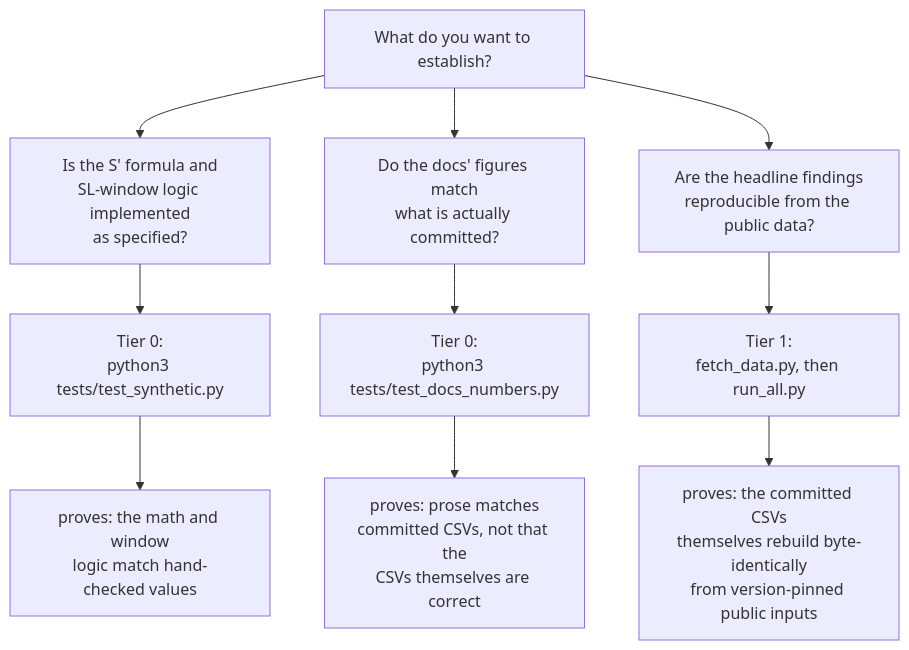
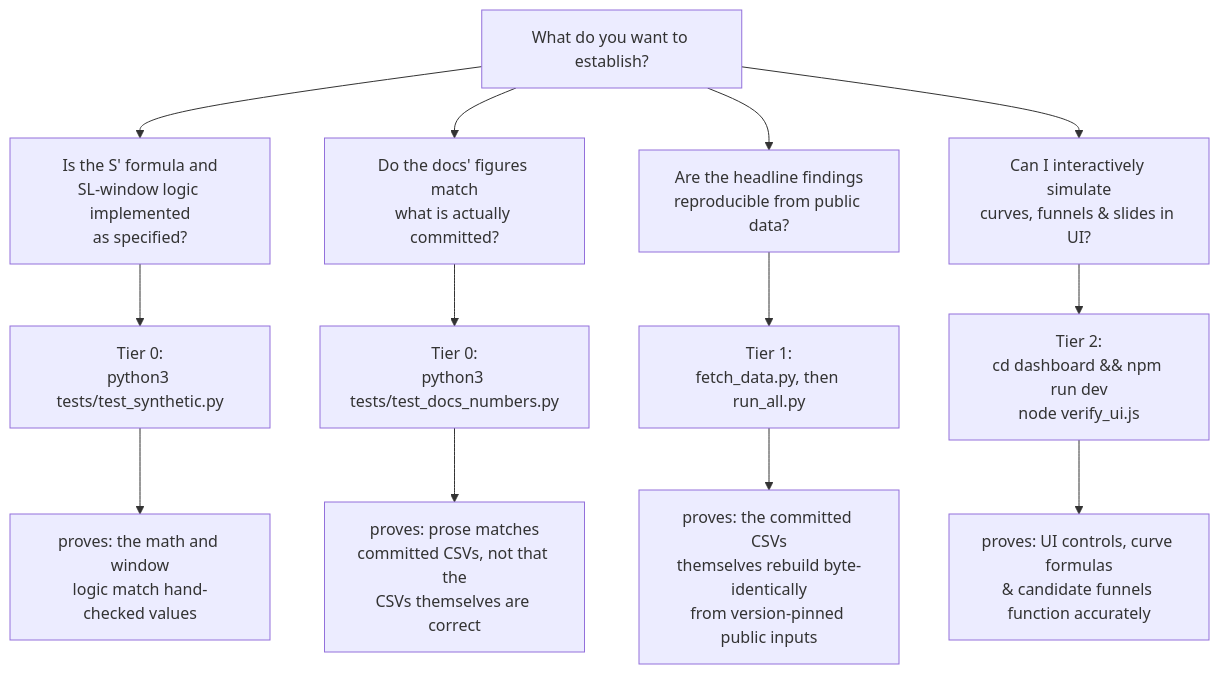
Before and after one commit to donbr/sprime-lung-repro: the diagram in docs/verifying.md, drawn with Mermaid. The commit also changed other lines of this file and 3 other files, not shown here.

````diff
--- a/docs/verifying.md
+++ b/docs/verifying.md
@@ -223,12 +236,15 @@
 ```mermaid
 flowchart TD
     Q["What do you want to establish?"] --> Q1["Is the S' formula and\nSL-window logic implemented\nas specified?"]
     Q --> Q2["Do the docs' figures match\nwhat is actually committed?"]
-    Q --> Q3["Are the headline findings\nreproducible from the public data?"]
+    Q --> Q3["Are the headline findings\nreproducible from public data?"]
+    Q --> Q4["Can I interactively simulate\ncurves, funnels & slides in UI?"]
     Q1 --> T0A["Tier 0:\npython3 tests/test_synthetic.py"]
     Q2 --> T0B["Tier 0:\npython3 tests/test_docs_numbers.py"]
     Q3 --> T1["Tier 1:\nfetch_data.py, then run_all.py"]
+    Q4 --> T2["Tier 2:\ncd dashboard && npm run dev\nnode verify_ui.js"]
     T0A --> A0["proves: the math and window\nlogic match hand-checked values"]
     T0B --> B0["proves: prose matches\ncommitted CSVs, not that the\nCSVs themselves are correct"]
     T1 --> A1["proves: the committed CSVs\nthemselves rebuild byte-identically\nfrom version-pinned public inputs"]
+    T2 --> A2["proves: UI controls, curve formulas\n& candidate funnels function accurately"]
 ```
````
